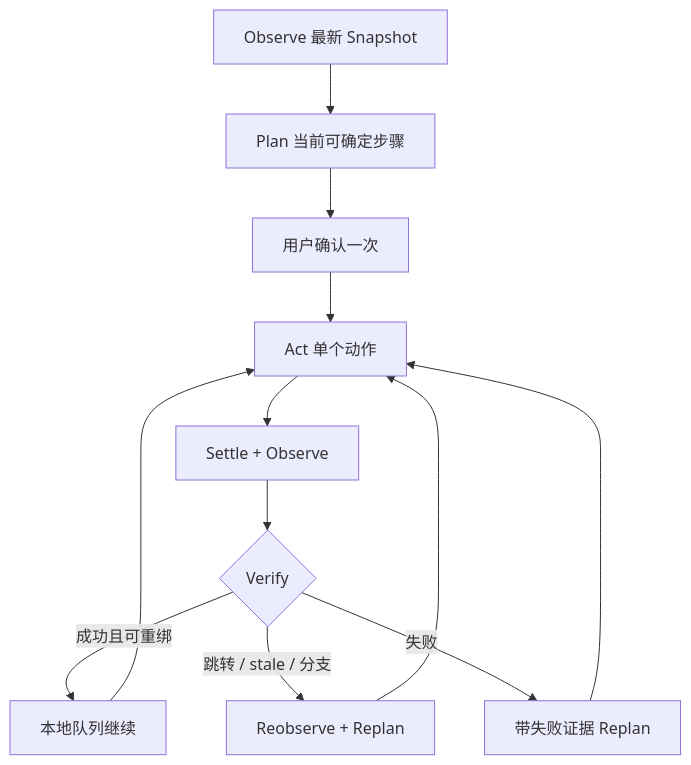
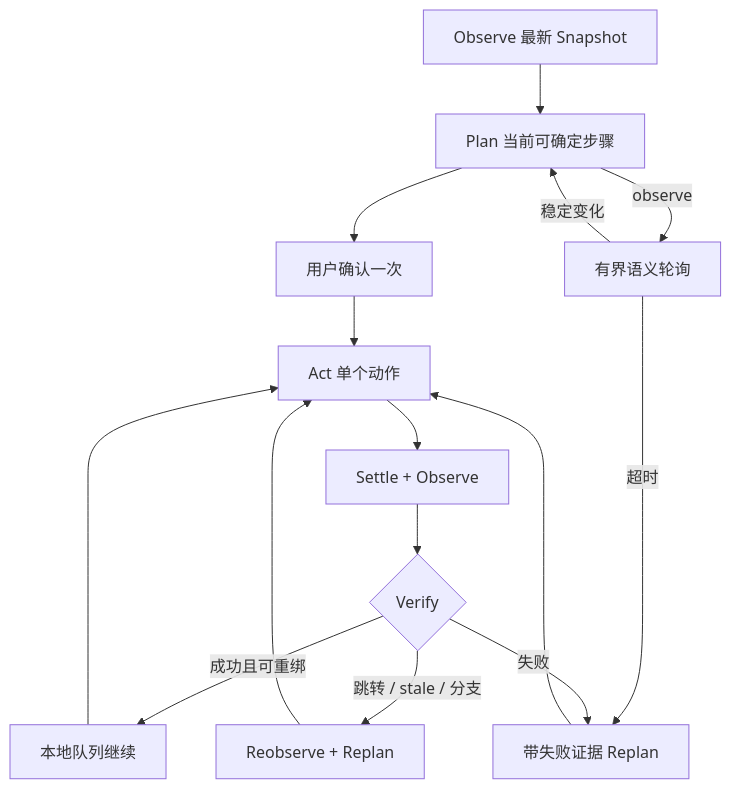
Before and after one commit to simon9703/AutoPageAgent: the diagram in docs/agent-runtime.md, drawn with Mermaid. The commit also changed other lines of this file and 34 other files, not shown here.

````diff
--- a/docs/agent-runtime.md
+++ b/docs/agent-runtime.md
@@ -7,14 +7,17 @@
 ```mermaid
 flowchart TD
   O["Observe 最新 Snapshot"] --> P["Plan 当前可确定步骤"]
   P --> C["用户确认一次"]
   C --> A["Act 单个动作"]
   A --> S["Settle + Observe"]
   S --> V{"Verify"}
   V -->|成功且可重绑| Q["本地队列继续"]
   Q --> A
+  P -->|observe| W["有界语义轮询"]
+  W -->|稳定变化| P
+  W -->|超时| F
   V -->|跳转 / stale / 分支| R["Reobserve + Replan"]
   V -->|失败| F["带失败证据 Replan"]
   R --> A
   F --> A
 ```
````
